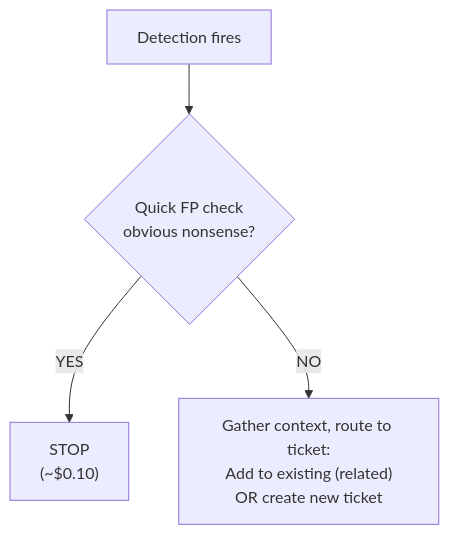
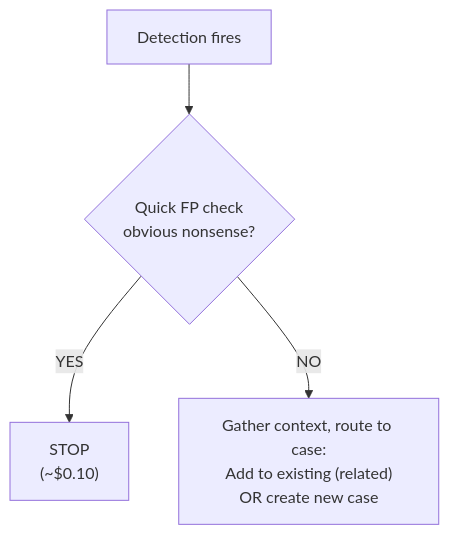
The diagram in lc-soc/lean-soc/triage/README.md (refractionPOINT/lc-ai), drawn with Mermaid before and after one commit. The commit also changed other lines of this file and 74 other files, not shown here.

First line of the commit message:
Rename ticket→case in AI agent configs

````diff
--- a/lc-soc/lean-soc/triage/README.md
+++ b/lc-soc/lean-soc/triage/README.md
@@ -7,6 +7,6 @@
 ```mermaid
 flowchart TD
     det[Detection fires] --> fpcheck{"Quick FP check<br/>obvious nonsense?"}
     fpcheck -->|YES| stop["STOP<br/>(~$0.10)"]
-    fpcheck -->|NO| route["Gather context, route to ticket:<br/>Add to existing (related)<br/>OR create new ticket"]
+    fpcheck -->|NO| route["Gather context, route to case:<br/>Add to existing (related)<br/>OR create new case"]
 ```
````
